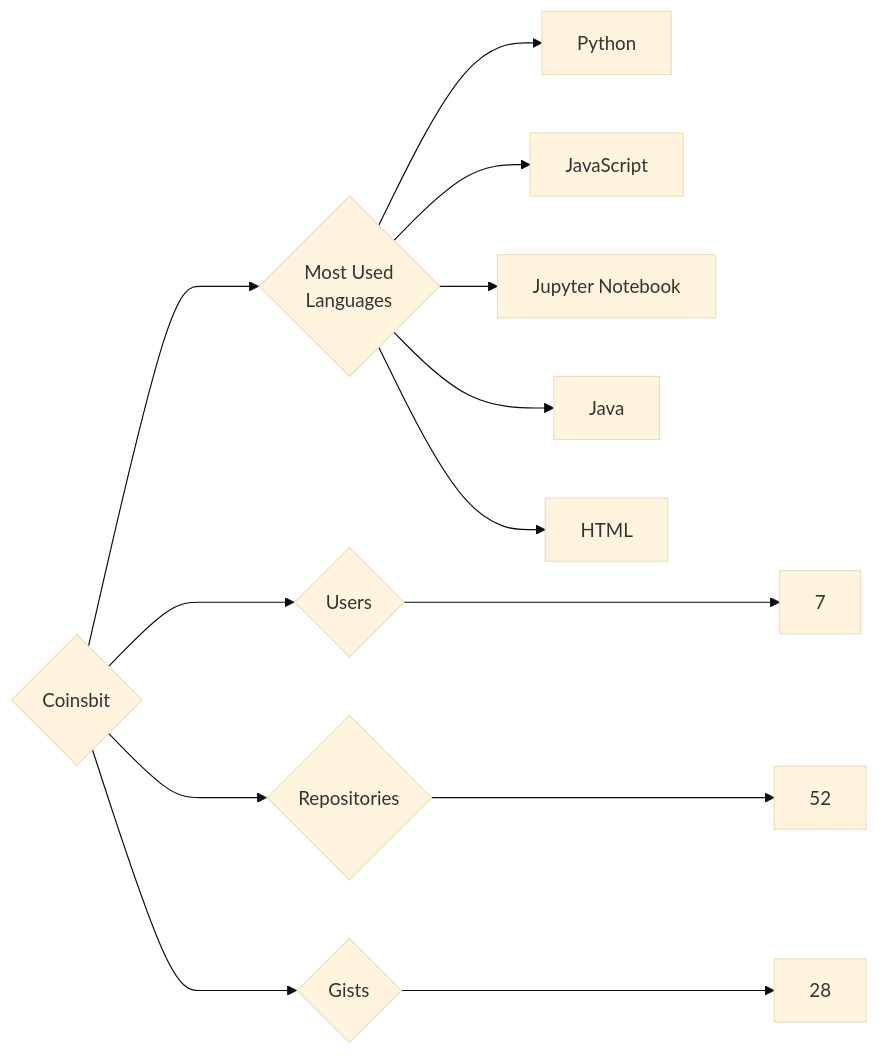
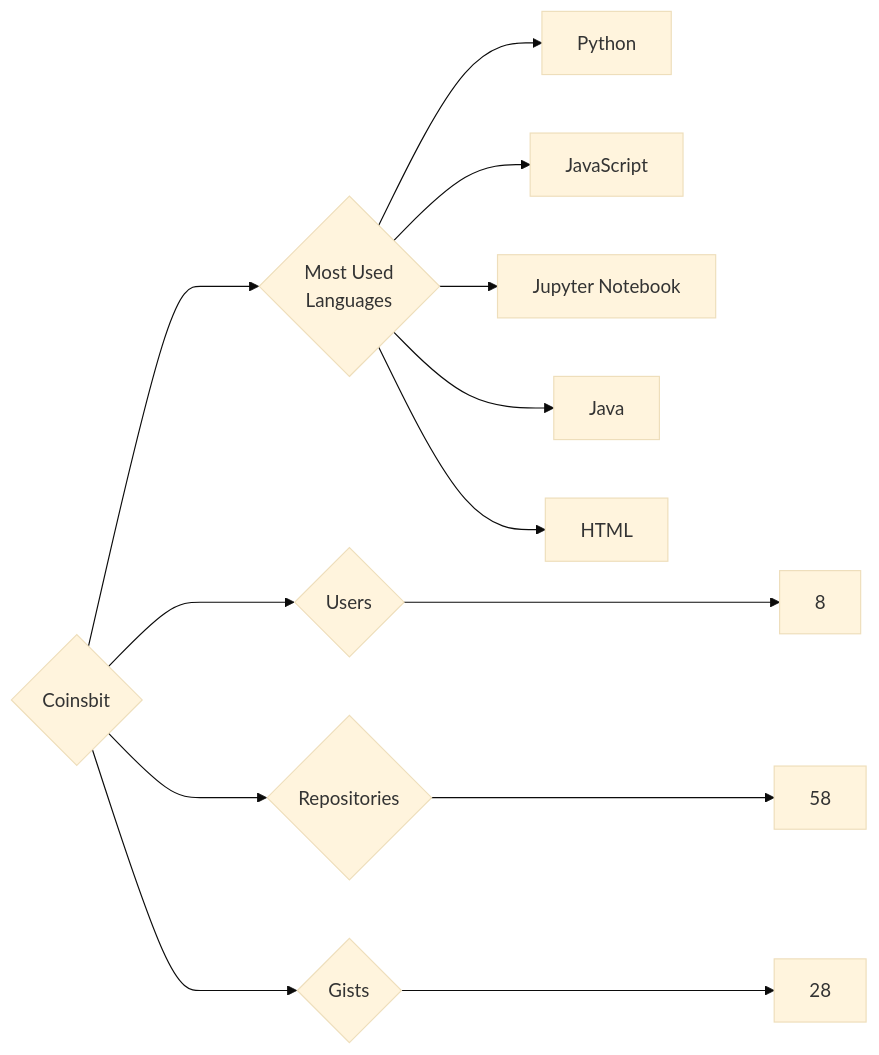
Before and after one commit to trickest/insiders: the diagram in targets/Coinsbit/README.md, drawn with Mermaid (base theme). The commit also changed 1167 other files, not shown here.

````diff
--- a/targets/Coinsbit/README.md
+++ b/targets/Coinsbit/README.md
@@ -3,13 +3,13 @@
 ```mermaid
 graph LR
 COMPANY_NAME{Coinsbit}
-COMPANY_NAME ---> U{Users} ---> UN[7]
-COMPANY_NAME ---> R{Repositories} ---> RN[52]
+COMPANY_NAME ---> U{Users} ---> UN[8]
+COMPANY_NAME ---> R{Repositories} ---> RN[58]
 COMPANY_NAME ---> G{Gists} ---> GN[28]
 COMPANY_NAME ---> ML{Most Used<br>Languages}
 ML --> Python[Python]
 ML --> JavaScript[JavaScript]
 ML --> Jupyter_Notebook[Jupyter Notebook]
 ML --> Java[Java]
 ML --> HTML[HTML]
 ```
````
